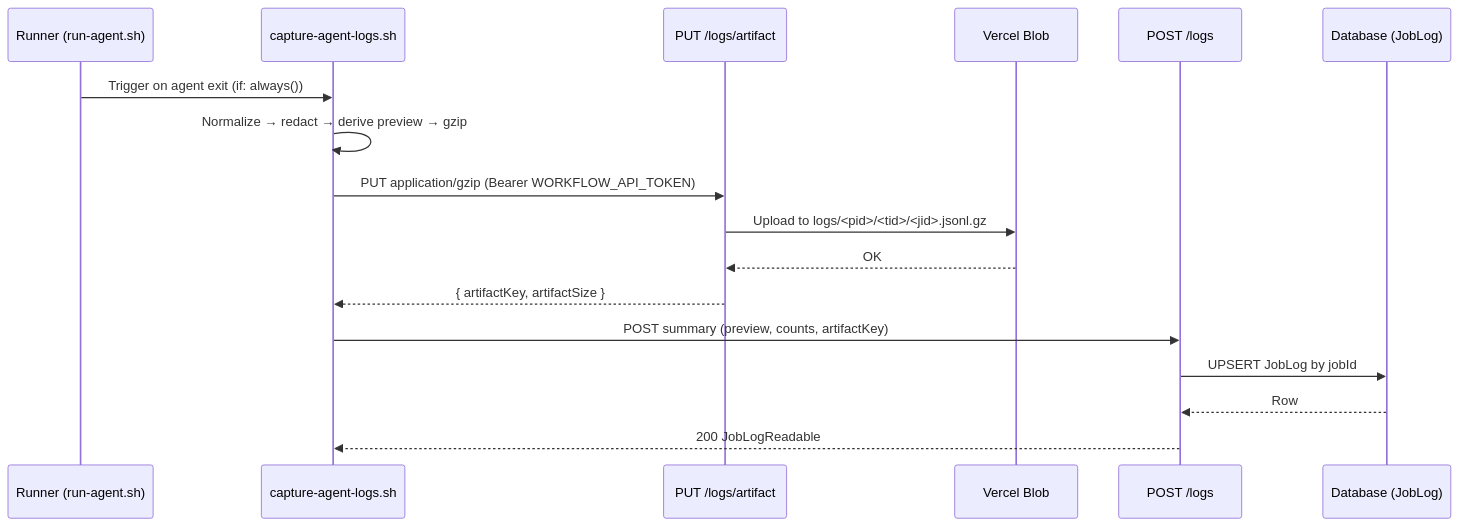
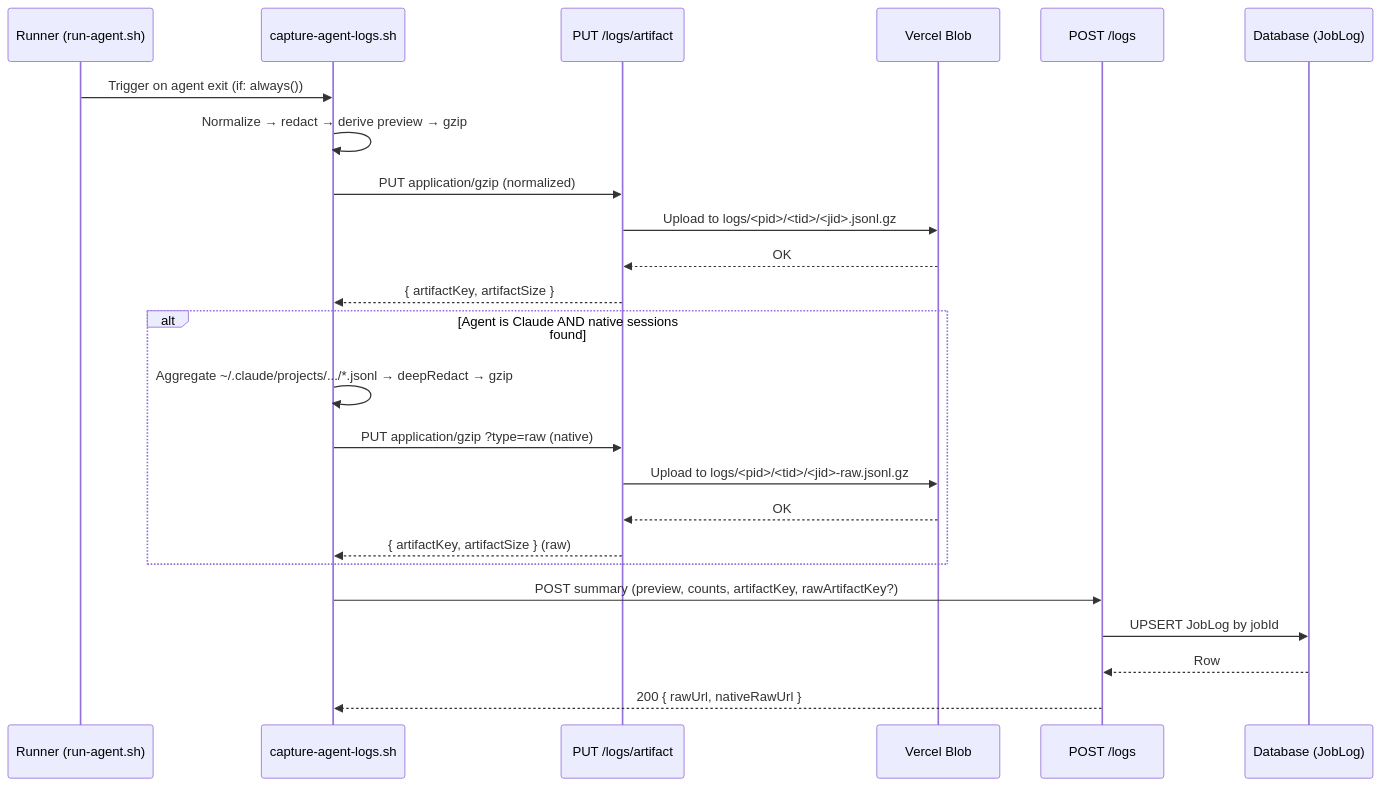
Before and after one commit to bfernandez31/ai-board: the second of 2 diagrams in specs/specifications/technical/api/endpoints/jobs.md, drawn with Mermaid. The commit also changed other lines of this file and 3 other files, not shown here.

````diff
--- a/specs/specifications/technical/api/endpoints/jobs.md
+++ b/specs/specifications/technical/api/endpoints/jobs.md
@@ -648,20 +666,27 @@
 ```mermaid
 sequenceDiagram
     participant RN as Runner (run-agent.sh)
     participant CAP as capture-agent-logs.sh
     participant ART as PUT /logs/artifact
     participant BLOB as Vercel Blob
     participant LOG as POST /logs
     participant DB as Database (JobLog)
 
     RN->>CAP: Trigger on agent exit (if: always())
     CAP->>CAP: Normalize → redact → derive preview → gzip
-    CAP->>ART: PUT application/gzip (Bearer WORKFLOW_API_TOKEN)
+    CAP->>ART: PUT application/gzip (normalized)
     ART->>BLOB: Upload to logs/<pid>/<tid>/<jid>.jsonl.gz
     BLOB-->>ART: OK
     ART-->>CAP: { artifactKey, artifactSize }
-    CAP->>LOG: POST summary (preview, counts, artifactKey)
+    alt Agent is Claude AND native sessions found
+        CAP->>CAP: Aggregate ~/.claude/projects/.../*.jsonl → deepRedact → gzip
+        CAP->>ART: PUT application/gzip ?type=raw (native)
+        ART->>BLOB: Upload to logs/<pid>/<tid>/<jid>-raw.jsonl.gz
+        BLOB-->>ART: OK
+        ART-->>CAP: { artifactKey, artifactSize } (raw)
+    end
+    CAP->>LOG: POST summary (preview, counts, artifactKey, rawArtifactKey?)
     LOG->>DB: UPSERT JobLog by jobId
     DB-->>LOG: Row
-    LOG-->>CAP: 200 JobLogReadable
+    LOG-->>CAP: 200 { rawUrl, nativeRawUrl }
 ```
````
